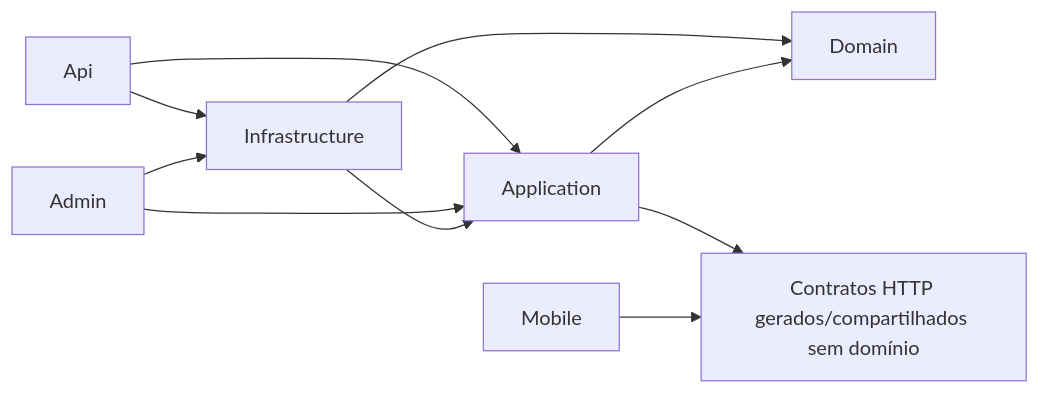
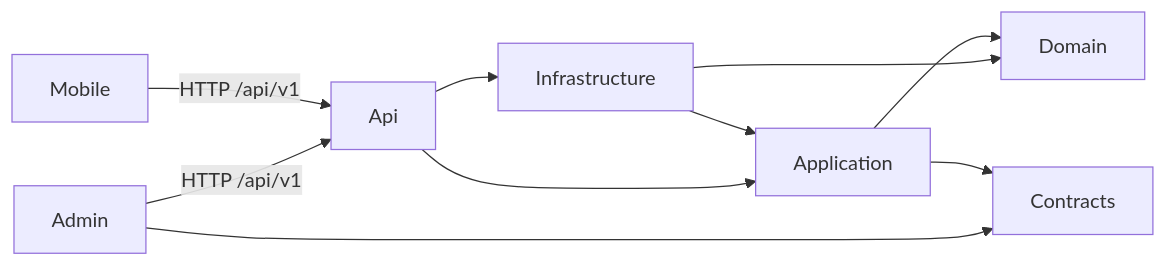
One commit to alexandreliima/PetMach changed the second of 5 diagrams in docs/architecture.md. Above: the diagram before and after it, drawn with Mermaid. The commit also changed other lines of this file and 22 other files, not shown here.

Commit message:
docs: align technical documentation with current architecture

````diff
--- a/docs/architecture.md
+++ b/docs/architecture.md
@@ -65,12 +69,12 @@
 ```mermaid
 flowchart LR
     Api --> Application
     Api --> Infrastructure
-    Admin --> Application
-    Admin --> Infrastructure
+    Admin -->|"HTTP /api/v1"| Api
+    Admin --> Contracts
     Infrastructure --> Application
     Infrastructure --> Domain
     Application --> Domain
     Application --> Contracts
-    Mobile --> Contracts["Contratos HTTP gerados/compartilhados sem domínio"]
+    Mobile -->|"HTTP /api/v1"| Api
 ```
````
